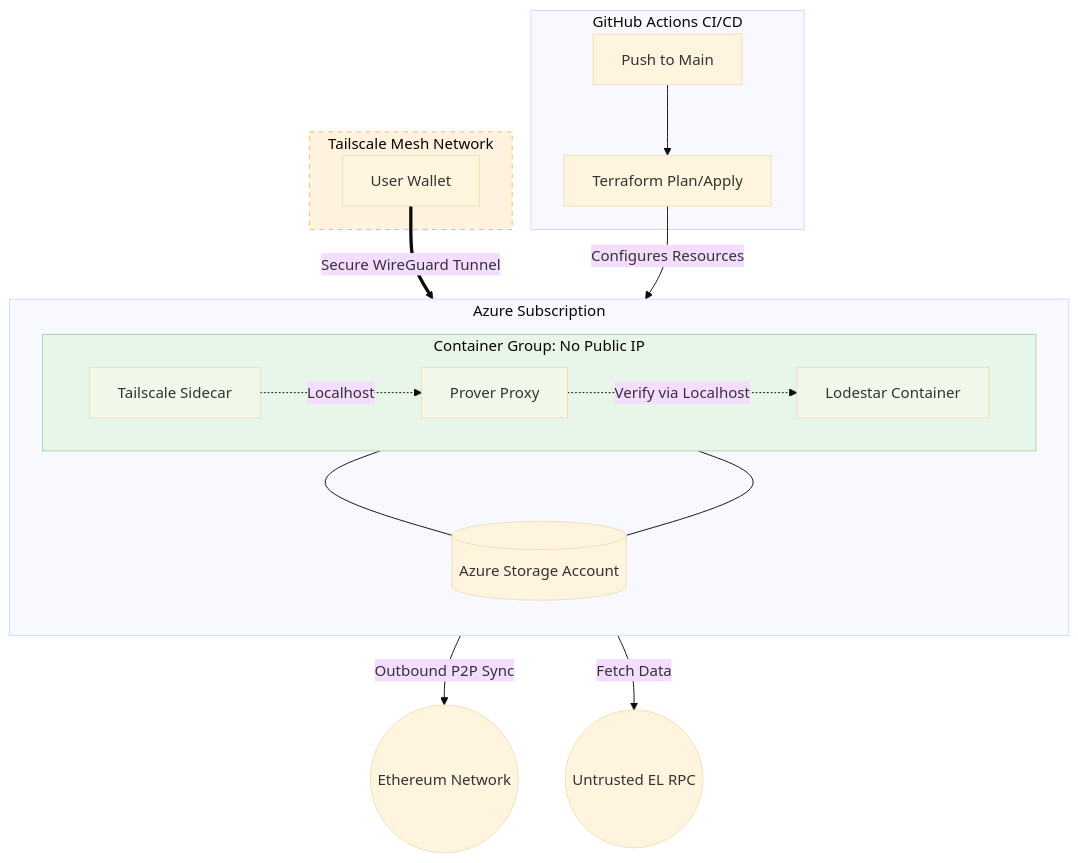
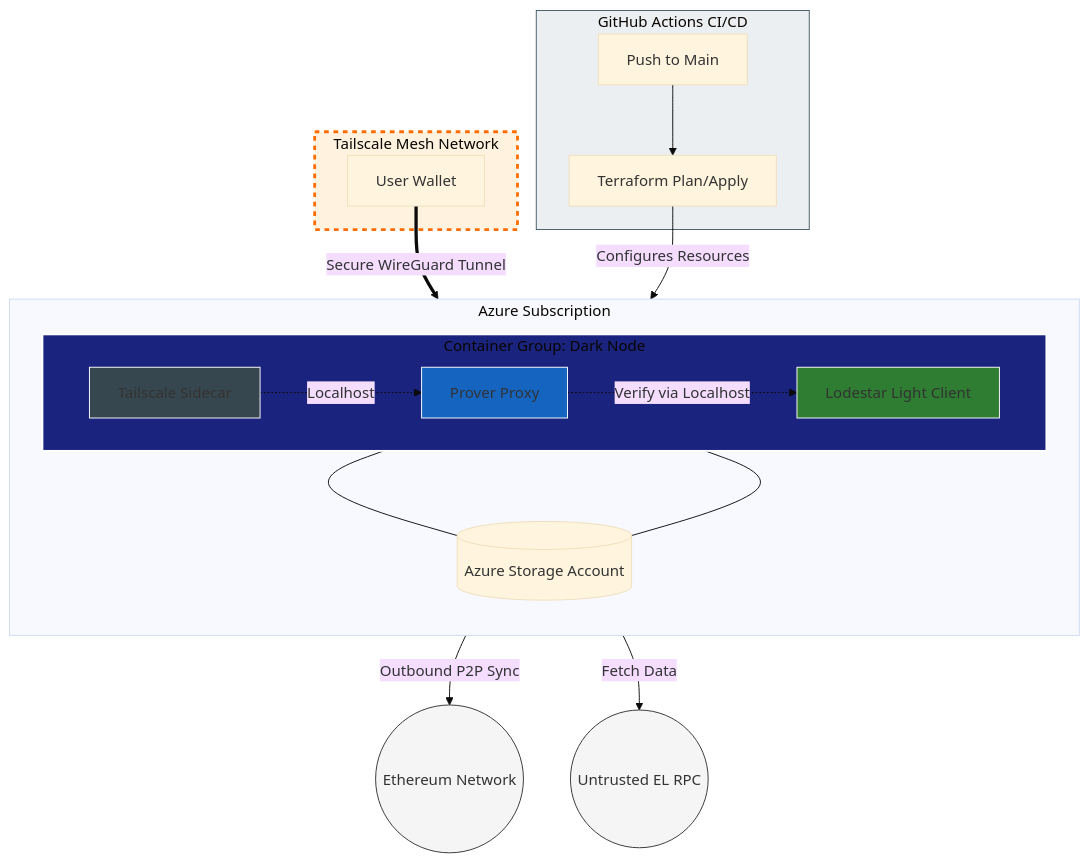
The first of 3 diagrams in LowLevelDesign.md (vfr750y/Cost-Optimized-Ethereum-Node-On-Azure), drawn with Mermaid (base theme) before and after one commit.

Commit message:
edit LLD

````diff
--- a/LowLevelDesign.md
+++ b/LowLevelDesign.md
@@ -20,49 +20,53 @@
 ```mermaid
 graph TD
     subgraph GitHub_Actions [GitHub Actions CI/CD]
         A[Push to Main] --> B[Terraform Plan/Apply]
     end
 
     subgraph Azure_Cloud [Azure Subscription]
         direction TB
         
-        subgraph ACI_Group [Container Group: No Public IP]
+        subgraph ACI_Group [Container Group: Dark Node]
             direction LR
-            %% ACI Group in pastel green
-            L[Lodestar Container]
+            L[Lodestar Light Client]
             P[Prover Proxy]
             T[Tailscale Sidecar]
         end
 
         SA[(Azure Storage Account)]
     end
 
     %% Deployment Flow
     B -- "Configures Resources" --> ACI_Group
     
     %% Internet Traffic Flow (Outbound Only)
     L -- "Outbound P2P Sync" --> Internet((Ethereum Network))
     P -- "Fetch Data" --> Provider((Untrusted EL RPC))
     
     %% Storage Persistence
     L --- SA
     T --- SA
 
     %% Private Access Flow (Inbound via Tunnel)
     subgraph Private_Mesh [Tailscale Mesh Network]
         Remote_User[User Wallet]
     end
 
     Remote_User == "Secure WireGuard Tunnel" ==> T
     
     %% Internal Logic (Localhost)
     T -. "Localhost" .-> P
     P -. "Verify via Localhost" .-> L
 
-    %% Styling Updates
-    style ACI_Group fill:#e8f5e9,stroke:#a5d6a7,stroke-width:2px %% Pastel Green
-    style Private_Mesh fill:#fff3e0,stroke:#ffb74d,stroke-dasharray: 5 5
-    style L fill:#f1f8e9
-    style P fill:#f1f8e9
-    style T fill:#f1f8e9
-```
+    %% High-Contrast Styling
+    style ACI_Group fill:#1a237e,stroke:#ffffff,stroke-width:2px,color:#ffffff %% Deep Navy Blue
+    style Private_Mesh fill:#fff3e0,stroke:#ff6d00,stroke-width:3px,stroke-dasharray: 5 5,color:#e65100 %% Vivid Orange
+    
+    style L fill:#2e7d32,stroke:#ffffff,color:#ffffff %% Forest Green
+    style P fill:#1565c0,stroke:#ffffff,color:#ffffff %% Ocean Blue
+    style T fill:#37474f,stroke:#ffffff,color:#ffffff %% Slate Grey
+    
+    style Internet fill:#f5f5f5,stroke:#333
+    style Provider fill:#f5f5f5,stroke:#333
+    style GitHub_Actions fill:#eceff1,stroke:#455a64
+```    
````
